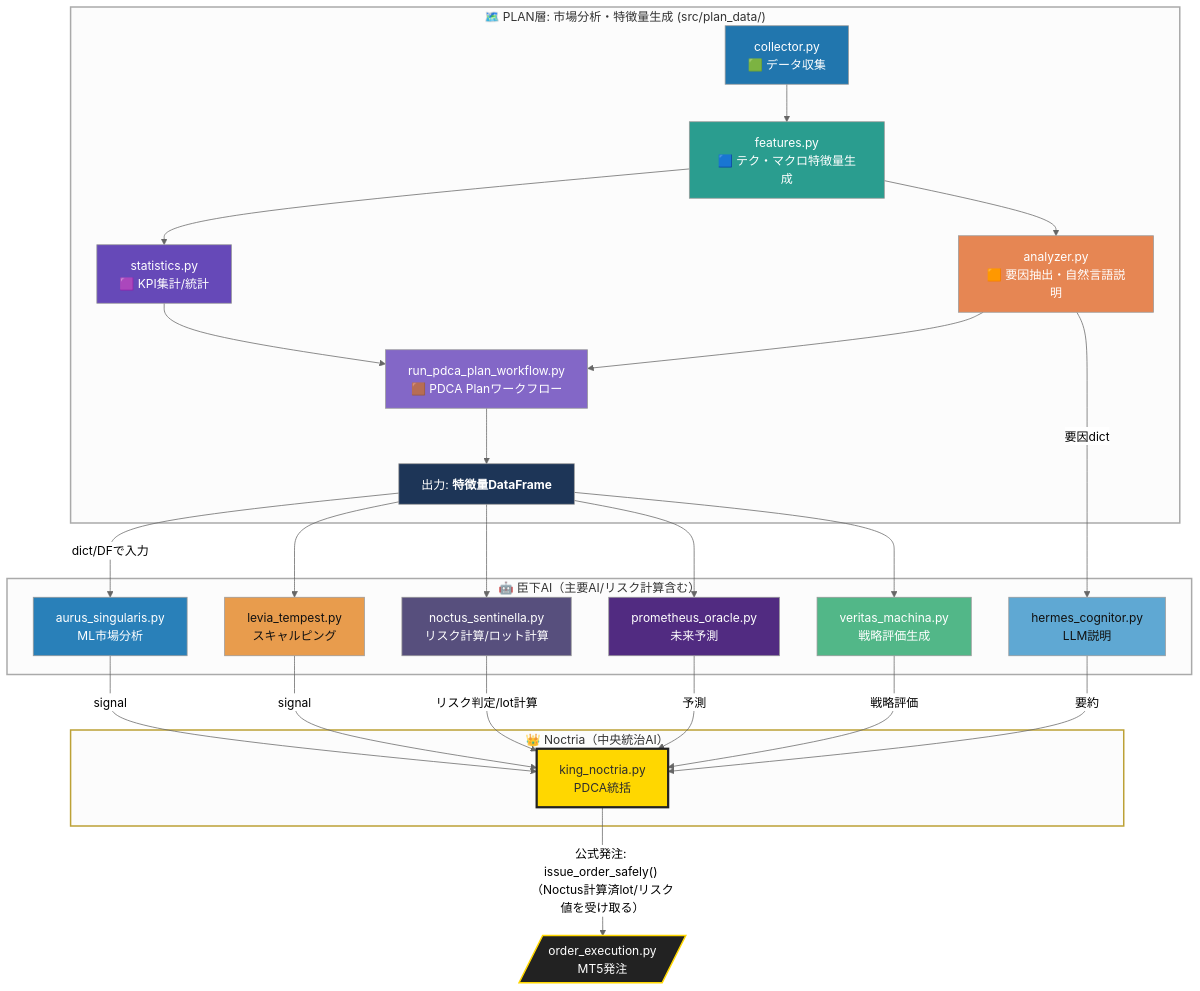
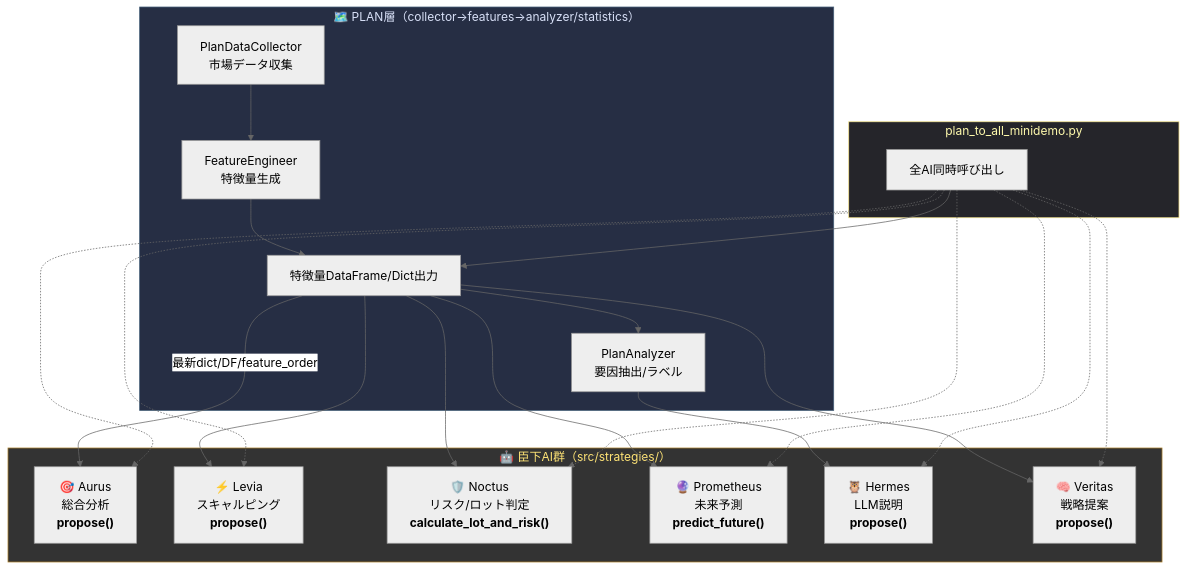
Before and after one commit to Noctria/noctria_kingdom: the diagram in docs/P層.mmd, drawn with Mermaid (neutral theme).

```diff
--- a/docs/P層.mmd
+++ b/docs/P層.mmd
@@ -1,72 +1,54 @@
 flowchart TD
-
-  %% --- Plan層（計画・特徴量生成） ---
-  subgraph Plan["🗺️ PLAN層: 市場分析・特徴量生成 (src/plan_data/)"]
-    COLLECTOR["collector.py<br>🟩 データ収集"]
-    FEATURES["features.py<br>🟦 テク・マクロ特徴量生成"]
-    STATISTICS["statistics.py<br>🟪 KPI集計/統計"]
-    ANALYZER["analyzer.py<br>🟧 要因抽出・自然言語説明"]
-    PLAN_WF["run_pdca_plan_workflow.py<br>🟫 PDCA Planワークフロー"]
-    DF_OUT["出力: <b>特徴量DataFrame</b>"]
-    COLLECTOR --> FEATURES
-    FEATURES --> STATISTICS
-    FEATURES --> ANALYZER
-    ANALYZER --> PLAN_WF
-    STATISTICS --> PLAN_WF
-    PLAN_WF --> DF_OUT
+  %% --- Plan層 ---
+  subgraph PLAN["🗺️ PLAN層（collector→features→analyzer/statistics）"]
+    COLLECT["PlanDataCollector<br>市場データ収集"]
+    FEATENG["FeatureEngineer<br>特徴量生成"]
+    FEATDF["特徴量DataFrame/Dict出力"]
+    ANALYZER["PlanAnalyzer<br>要因抽出/ラベル"]
   end
 
-  %% --- 臣下AI（主要ファイルのみ） ---
-  subgraph Vassals["🤖 臣下AI（主要AI/リスク計算含む）"]
-    AURUS["aurus_singularis.py<br>ML市場分析"]
-    LEVIA["levia_tempest.py<br>スキャルピング"]
-    NOCTUS["noctus_sentinella.py<br>リスク計算/ロット計算"]
-    PROMETHEUS["prometheus_oracle.py<br>未来予測"]
-    HERMES["hermes_cognitor.py<br>LLM説明"]
-    VERITAS["veritas_machina.py<br>戦略評価生成"]
+  %% --- AI臣下たち ---
+  subgraph AI_UNDERLINGS["🤖 臣下AI群（src/strategies/）"]
+    AURUS["🎯 Aurus<br>総合分析<br><b>propose()</b>"]
+    LEVIA["⚡ Levia<br>スキャルピング<br><b>propose()</b>"]
+    NOCTUS["🛡️ Noctus<br>リスク/ロット判定<br><b>calculate_lot_and_risk()</b>"]
+    PROMETHEUS["🔮 Prometheus<br>未来予測<br><b>predict_future()</b>"]
+    HERMES["🦉 Hermes<br>LLM説明<br><b>propose()</b>"]
+    VERITAS["🧠 Veritas<br>戦略提案<br><b>propose()</b>"]
   end
 
-  %% --- データフロー ---
-  DF_OUT -- "dict/DFで入力" --> AURUS
-  DF_OUT --> LEVIA
-  DF_OUT --> NOCTUS
-  DF_OUT --> PROMETHEUS
-  DF_OUT --> VERITAS
-  ANALYZER -- "要因dict" --> HERMES
+  %% --- 連携 ---
+  COLLECT --> FEATENG
+  FEATENG --> FEATDF
+  FEATDF -->|最新dict/DF/feature_order| AURUS
+  FEATDF --> LEVIA
+  FEATDF --> NOCTUS
+  FEATDF --> PROMETHEUS
+  FEATDF --> VERITAS
 
-  %% --- 王（Noctria） ---
-  subgraph King["👑 Noctria（中央統治AI）"]
-    KING["king_noctria.py<br>PDCA統括"]
+  FEATDF --> ANALYZER
+  ANALYZER --> HERMES
+
+  %% --- サンプルデモ ---
+  subgraph DEMO["plan_to_all_minidemo.py"]
+    DEMOENTRY["全AI同時呼び出し"]
   end
+  DEMOENTRY --> FEATDF
+  DEMOENTRY -.-> AURUS
+  DEMOENTRY -.-> LEVIA
+  DEMOENTRY -.-> NOCTUS
+  DEMOENTRY -.-> PROMETHEUS
+  DEMOENTRY -.-> HERMES
+  DEMOENTRY -.-> VERITAS
 
-  AURUS -- "signal" --> KING
-  LEVIA -- "signal" --> KING
-  NOCTUS -- "リスク判定/lot計算" --> KING
-  PROMETHEUS -- "予測" --> KING
-  HERMES -- "要約" --> KING
-  VERITAS -- "戦略評価" --> KING
+  %% --- 装飾 ---
+  classDef plan fill:#262e44,stroke:#47617a,color:#d8e0f7
+  classDef ai fill:#333,color:#ffe476,stroke:#a97e2c
+  classDef demo fill:#25252a,stroke:#f6e58d,color:#fffaad
 
-  %% --- Do層（order_execution）への受け渡し ---
-  KING -- "公式発注: issue_order_safely() <br>（Noctus計算済lot/リスク値を受け取る）" --> DOORDER[/"order_execution.py<br>MT5発注"/]
+  class PLAN plan
+  class AI_UNDERLINGS ai
+  class DEMO demo
 
-  %% --- スタイル調整 ---
-  style COLLECTOR fill:#2176ae,color:#fff
-  style FEATURES fill:#2a9d8f,color:#fff
-  style STATISTICS fill:#6649b8,color:#fff
-  style ANALYZER fill:#e68653,color:#fff
-  style PLAN_WF fill:#8367c7,color:#fff
-  style DF_OUT fill:#1d3557,color:#fff
-
-  style AURUS fill:#2980b9,color:#fff
-  style LEVIA fill:#e89c4d,color:#111
-  style NOCTUS fill:#574f7d,color:#fff
-  style PROMETHEUS fill:#512b81,color:#fff
-  style HERMES fill:#5fa8d3,color:#111
-  style VERITAS fill:#52b788,color:#fff
-
-  style KING fill:#FFD700,color:#2d2d2d,stroke:#222,stroke-width:3px
-  style DOORDER fill:#222,color:#fff,stroke:#FFD700,stroke-width:2px
-
-  style Plan stroke:#aaa,stroke-width:2px
-  style Vassals stroke:#aaa,stroke-width:2px
-  style King stroke:#bca136,stroke-width:2px
+  %% --- 補足 ---
+  click DEMOENTRY "https://github.com/your_repo/src/plan_data/plan_to_all_minidemo.py" "サンプル実装ファイル"
```
